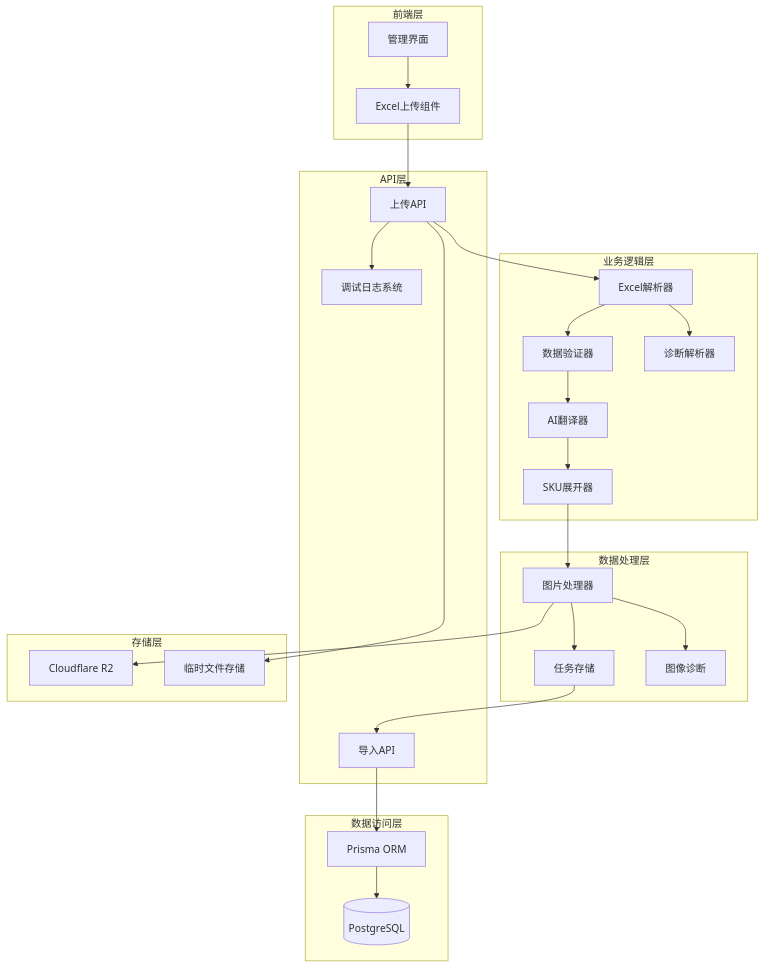
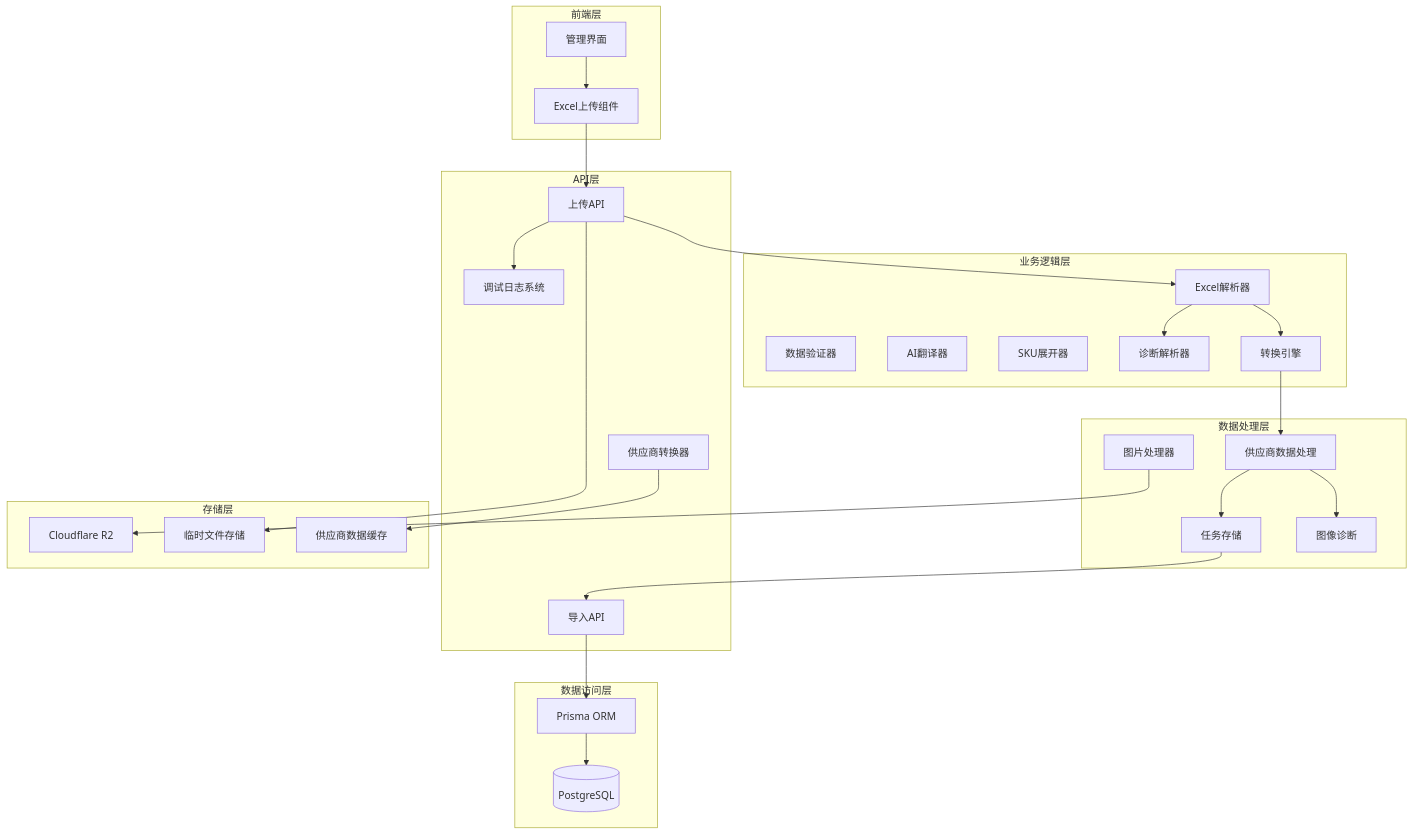
Before and after one commit to three3638-arch/celestia_2b: the first of 12 diagrams in .qoder/repowiki/zh/content/Excel Import System.md, drawn with Mermaid. The commit also changed other lines of this file and 5 other files, not shown here.

````diff
--- a/.qoder/repowiki/zh/content/Excel Import System.md
+++ b/.qoder/repowiki/zh/content/Excel Import System.md
@@ -51,48 +55,51 @@
 ```mermaid
 graph TB
 subgraph "前端层"
 UI[管理界面]
 Upload[Excel上传组件]
 end
 subgraph "API层"
 UploadAPI[上传API]
 ImportAPI[导入API]
 DebugLog[调试日志系统]
+SupplierConverter[供应商转换器]
 end
 subgraph "业务逻辑层"
 Parser[Excel解析器]
 Validator[数据验证器]
 Translator[AI翻译器]
 SKUExpander[SKU展开器]
 DebugParser[诊断解析器]
+SupplierConverterEngine[转换引擎]
 end
 subgraph "数据处理层"
 ImageProcessor[图片处理器]
 TaskStore[任务存储]
 DebugImage[图像诊断]
+SupplierDataProcessor[供应商数据处理]
 end
 subgraph "数据访问层"
 Prisma[Prisma ORM]
 Database[(PostgreSQL)]
 end
 subgraph "存储层"
 R2[Cloudflare R2]
 Temp[临时文件存储]
+SupplierData[供应商数据缓存]
 end
 UI --> Upload
 Upload --> UploadAPI
 UploadAPI --> DebugLog
 UploadAPI --> Parser
 Parser --> DebugParser
-Parser --> Validator
-Validator --> Translator
-Translator --> SKUExpander
-SKUExpander --> ImageProcessor
-ImageProcessor --> DebugImage
-ImageProcessor --> TaskStore
+Parser --> SupplierConverterEngine
+SupplierConverterEngine --> SupplierDataProcessor
+SupplierDataProcessor --> DebugImage
+SupplierDataProcessor --> TaskStore
 TaskStore --> ImportAPI
 ImportAPI --> Prisma
 Prisma --> Database
 ImageProcessor --> R2
 UploadAPI --> Temp
+SupplierConverter --> SupplierData
 ```
````
